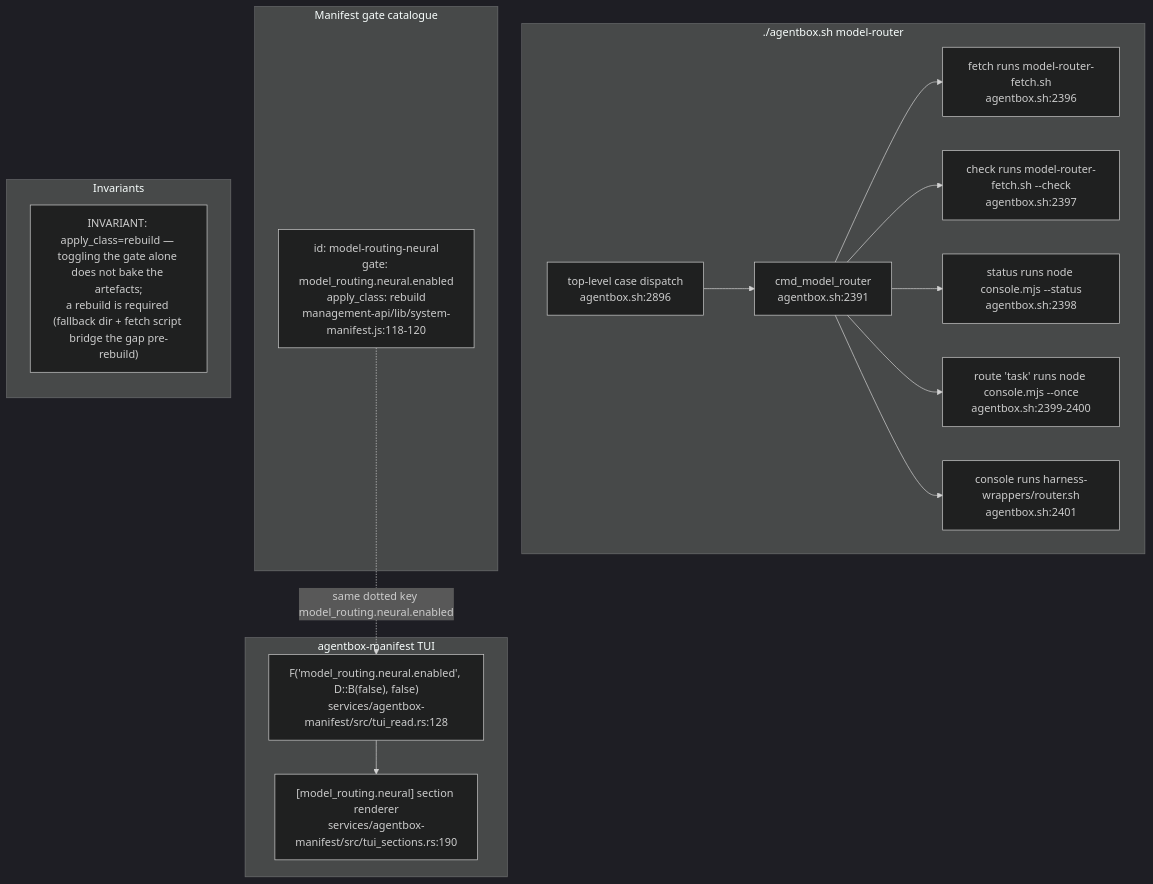
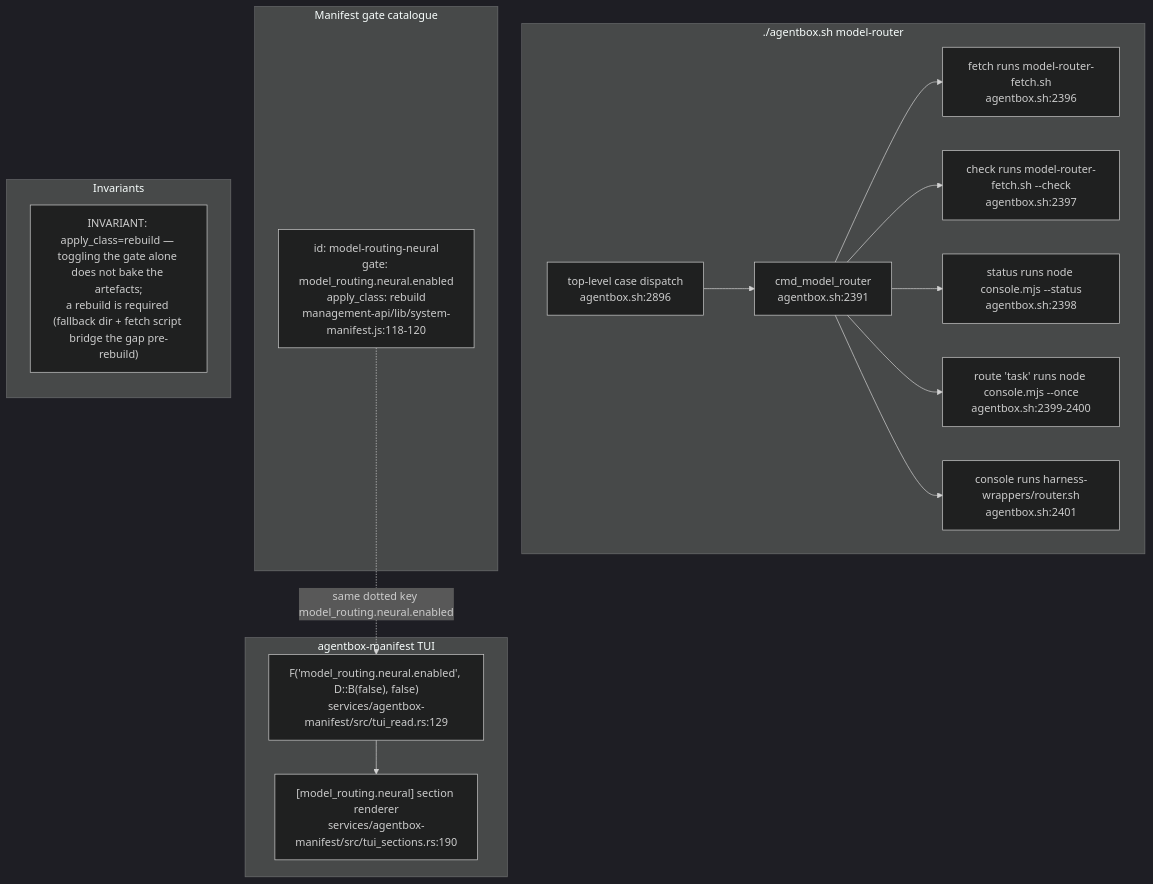
The eighth of 9 diagrams in docs/diagrams/agentbox/29-metaharness-router-console.md (DreamLab-AI/VisionFlow), drawn with Mermaid (dark theme) before and after one commit. The commit also changed other lines of this file and 154 other files, not shown here.

First line of the commit message:
docs(diagrams): re-stamp 154 topics whose every citation still reads the same text at the current heads

````diff
--- a/docs/diagrams/agentbox/29-metaharness-router-console.md
+++ b/docs/diagrams/agentbox/29-metaharness-router-console.md
@@ -281,32 +281,32 @@
 ```mermaid
 flowchart TB
     subgraph cli["./agentbox.sh model-router <sub>"]
         CMD["cmd_model_router<br/>agentbox.sh:2391"]
         FETCH2["fetch runs model-router-fetch.sh<br/>agentbox.sh:2396"]
         CHECK2["check runs model-router-fetch.sh --check<br/>agentbox.sh:2397"]
         STATUS2["status runs node console.mjs --status<br/>agentbox.sh:2398"]
         ROUTE2["route 'task' runs node console.mjs --once<br/>agentbox.sh:2399-2400"]
         CONSOLE2["console runs harness-wrappers/router.sh<br/>agentbox.sh:2401"]
         DISPATCH["top-level case dispatch<br/>agentbox.sh:2896"]
     end
     subgraph catalogue["Manifest gate catalogue"]
         GATE["id: model-routing-neural<br/>gate: model_routing.neural.enabled<br/>apply_class: rebuild<br/>management-api/lib/system-manifest.js:118-120"]
     end
     subgraph tui["agentbox-manifest TUI"]
-        READ["F('model_routing.neural.enabled', D::B(false), false)<br/>services/agentbox-manifest/src/tui_read.rs:128"]
+        READ["F('model_routing.neural.enabled', D::B(false), false)<br/>services/agentbox-manifest/src/tui_read.rs:129"]
         RENDER["[model_routing.neural] section renderer<br/>services/agentbox-manifest/src/tui_sections.rs:190"]
     end
     DISPATCH --> CMD
     CMD --> FETCH2
     CMD --> CHECK2
     CMD --> STATUS2
     CMD --> ROUTE2
     CMD --> CONSOLE2
     GATE -.->|"same dotted key model_routing.neural.enabled"| READ
     READ --> RENDER
     subgraph notes["Invariants"]
         direction TB
         N1["INVARIANT: apply_class=rebuild — toggling the gate alone does not bake the artefacts;<br/>a rebuild is required (fallback dir + fetch script bridge the gap pre-rebuild)"]
         N1
     end
 ```
````
